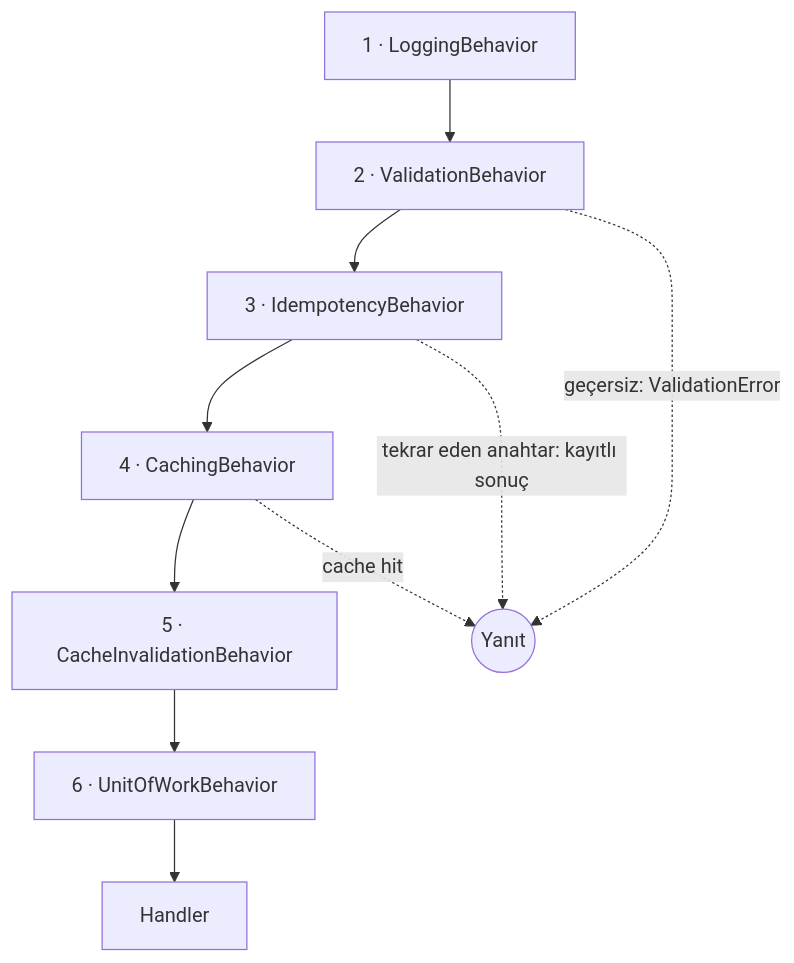
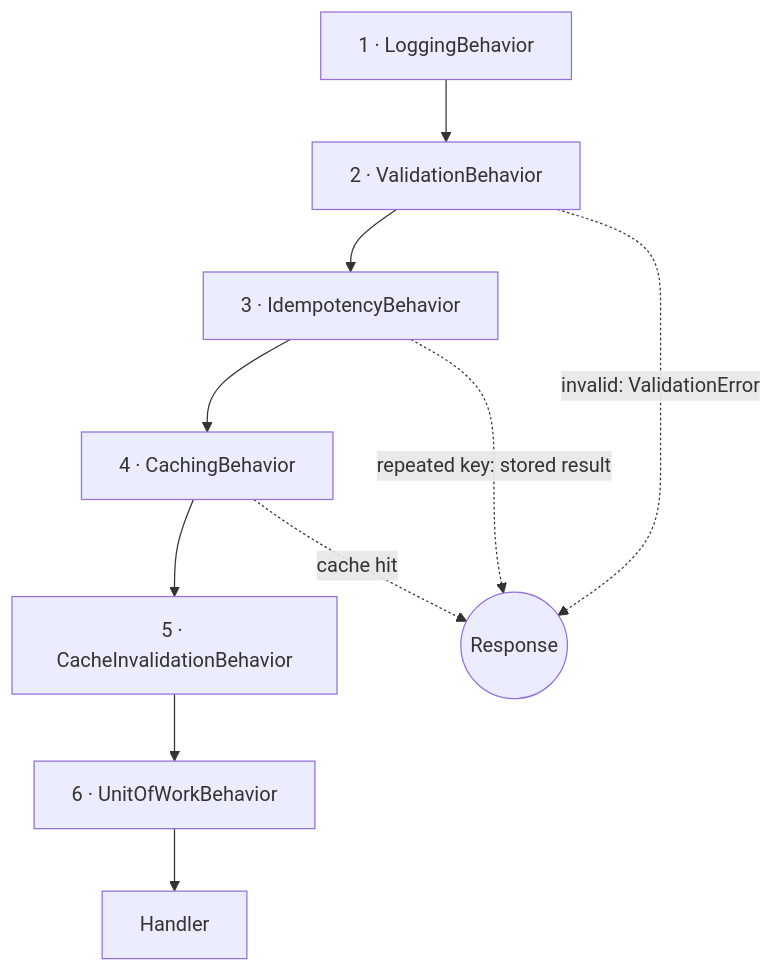
The second of 3 diagrams in README.md (gokhanertogan/onion_template), drawn with Mermaid before and after one commit. The commit also changed other lines of this file, not shown here.

````diff
--- a/README.md
+++ b/README.md
@@ -290,12 +292,12 @@
 ```mermaid
 flowchart TB
     L["1 · LoggingBehavior"] --> V["2 · ValidationBehavior"]
     V --> I["3 · IdempotencyBehavior"]
     I --> C["4 · CachingBehavior"]
     C --> CI["5 · CacheInvalidationBehavior"]
     CI --> U["6 · UnitOfWorkBehavior"]
     U --> H["Handler"]
-    V -. "geçersiz: ValidationError" .-> R(("Yanıt"))
-    I -. "tekrar eden anahtar: kayıtlı sonuç" .-> R
+    V -. "invalid: ValidationError" .-> R(("Response"))
+    I -. "repeated key: stored result" .-> R
     C -. "cache hit" .-> R
 ```
````
